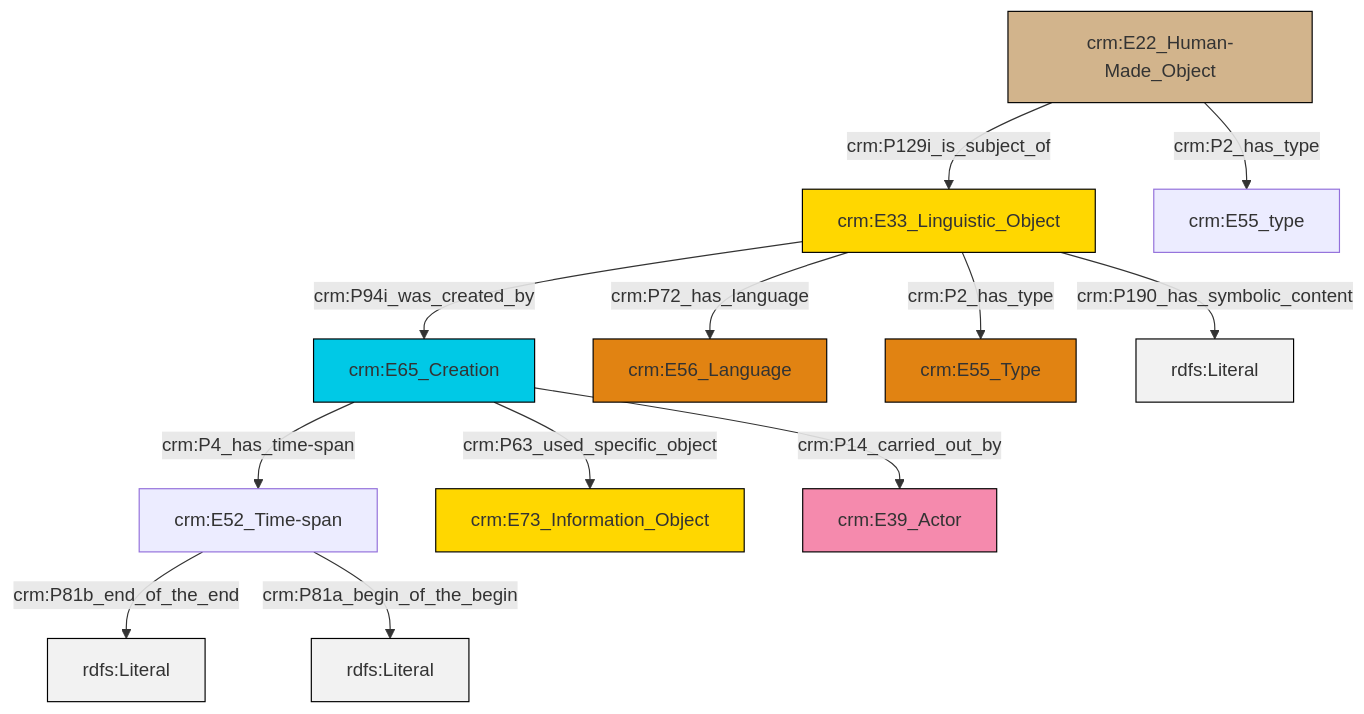
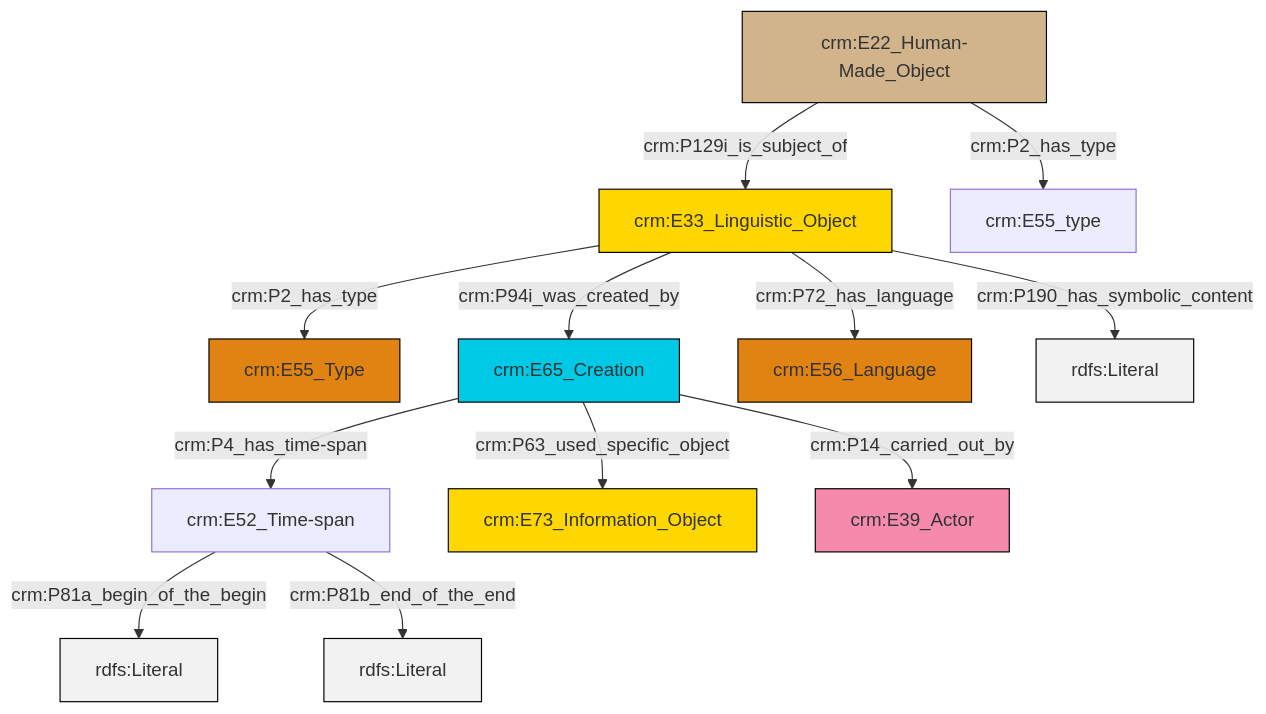
One commit to swiss-art-research-net/reference-data-models changed the diagram in et/artworkCSV/ttl/mmd/Artwork_Description.ttl.mmd. Above: the diagram before and after it, drawn with Mermaid. The commit also changed 128 other files, not shown here.

```diff
--- a/et/artworkCSV/ttl/mmd/Artwork_Description.ttl.mmd
+++ b/et/artworkCSV/ttl/mmd/Artwork_Description.ttl.mmd
@@ -1,26 +1,26 @@
 graph TD
 classDef Literal fill:#f2f2f2,stroke:#000000;
 classDef CRM_Entity fill:#FFFFFF,stroke:#000000;
 classDef Temporal_Entity fill:#00C9E6, stroke:#000000;
 classDef Type fill:#E18312, stroke:#000000;
 classDef Time-Span fill:#2C9C91, stroke:#000000;
 classDef Appellation fill:#FFEB7F, stroke:#000000;
 classDef Place fill:#008836, stroke:#000000;
 classDef Persistent_Item fill:#B266B2, stroke:#000000;
 classDef Conceptual_Object fill:#FFD700, stroke:#000000;
 classDef Physical_Thing fill:#D2B48C, stroke:#000000;
 classDef Actor fill:#f58aad, stroke:#000000;
 classDef PC_Classes fill:#4ce600, stroke:#000000;
 classDef Multi fill:#cccccc,stroke:#000000;
 
-4["crm:E22_Human-Made_Object"]:::Physical_Thing -->|crm:P129i_is_subject_of| 0["crm:E33_Linguistic_Object"]:::Conceptual_Object
+2["crm:E33_Linguistic_Object"]:::Conceptual_Object -->|crm:P2_has_type| 0["crm:E55_Type"]:::Type
+2["crm:E33_Linguistic_Object"]:::Conceptual_Object -->|crm:P94i_was_created_by| 5["crm:E65_Creation"]:::Temporal_Entity
+2["crm:E33_Linguistic_Object"]:::Conceptual_Object -->|crm:P72_has_language| 8["crm:E56_Language"]:::Type
+3["crm:E52_Time-span"]:::Default -->|crm:P81a_begin_of_the_begin| 9[rdfs:Literal]:::Literal
+13["crm:E22_Human-Made_Object"]:::Physical_Thing -->|crm:P129i_is_subject_of| 2["crm:E33_Linguistic_Object"]:::Conceptual_Object
+2["crm:E33_Linguistic_Object"]:::Conceptual_Object -->|crm:P190_has_symbolic_content| 14[rdfs:Literal]:::Literal
 5["crm:E65_Creation"]:::Temporal_Entity -->|crm:P63_used_specific_object| 6["crm:E73_Information_Object"]:::Conceptual_Object
-4["crm:E22_Human-Made_Object"]:::Physical_Thing -->|crm:P2_has_type| 7["crm:E55_type"]:::Default
-2["crm:E52_Time-span"]:::Default -->|crm:P81b_end_of_the_end| 8[rdfs:Literal]:::Literal
-0["crm:E33_Linguistic_Object"]:::Conceptual_Object -->|crm:P2_has_type| 12["crm:E55_Type"]:::Type
-0["crm:E33_Linguistic_Object"]:::Conceptual_Object -->|crm:P190_has_symbolic_content| 14[rdfs:Literal]:::Literal
-5["crm:E65_Creation"]:::Temporal_Entity -->|crm:P4_has_time-span| 2["crm:E52_Time-span"]:::Default
-2["crm:E52_Time-span"]:::Default -->|crm:P81a_begin_of_the_begin| 15[rdfs:Literal]:::Literal
-5["crm:E65_Creation"]:::Temporal_Entity -->|crm:P14_carried_out_by| 16["crm:E39_Actor"]:::Actor
-0["crm:E33_Linguistic_Object"]:::Conceptual_Object -->|crm:P72_has_language| 9["crm:E56_Language"]:::Type
-0["crm:E33_Linguistic_Object"]:::Conceptual_Object -->|crm:P94i_was_created_by| 5["crm:E65_Creation"]:::Temporal_Entity
+3["crm:E52_Time-span"]:::Default -->|crm:P81b_end_of_the_end| 18[rdfs:Literal]:::Literal
+5["crm:E65_Creation"]:::Temporal_Entity -->|crm:P14_carried_out_by| 10["crm:E39_Actor"]:::Actor
+5["crm:E65_Creation"]:::Temporal_Entity -->|crm:P4_has_time-span| 3["crm:E52_Time-span"]:::Default
+13["crm:E22_Human-Made_Object"]:::Physical_Thing -->|crm:P2_has_type| 15["crm:E55_type"]:::Default
```
